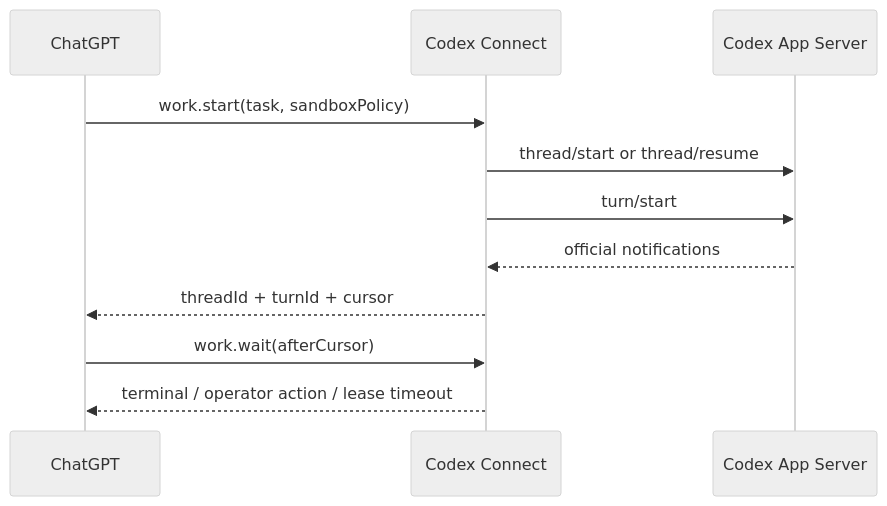
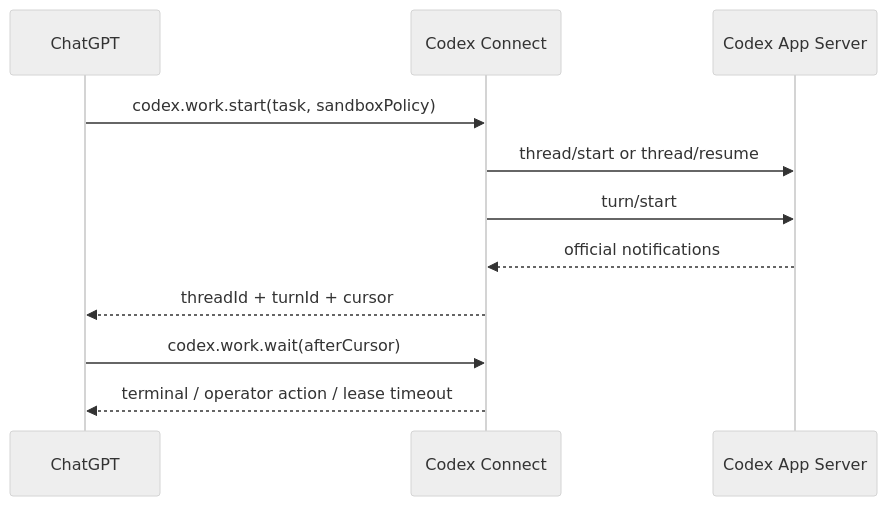
The second of 2 diagrams in docs/architecture/overview.md (Jesrey0/codex-connect), drawn with Mermaid (neutral theme) before and after one commit. The commit also changed other lines of this file and 7 other files, not shown here.

````diff
--- a/docs/architecture/overview.md
+++ b/docs/architecture/overview.md
@@ -68,14 +70,14 @@
 ```mermaid
 sequenceDiagram
     participant C as ChatGPT
     participant X as Codex Connect
     participant A as Codex App Server
 
-    C->>X: work.start(task, sandboxPolicy)
+    C->>X: codex.work.start(task, sandboxPolicy)
     X->>A: thread/start or thread/resume
     X->>A: turn/start
     A-->>X: official notifications
     X-->>C: threadId + turnId + cursor
-    C->>X: work.wait(afterCursor)
+    C->>X: codex.work.wait(afterCursor)
     X-->>C: terminal / operator action / lease timeout
 ```
````
